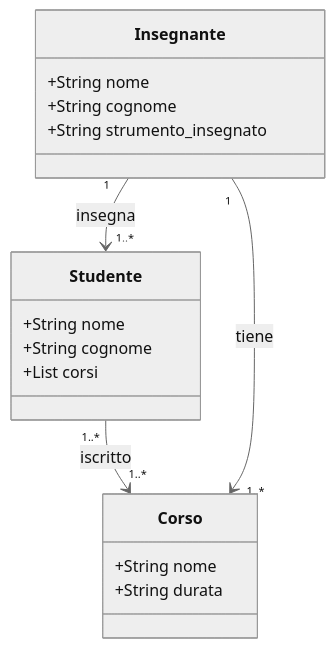
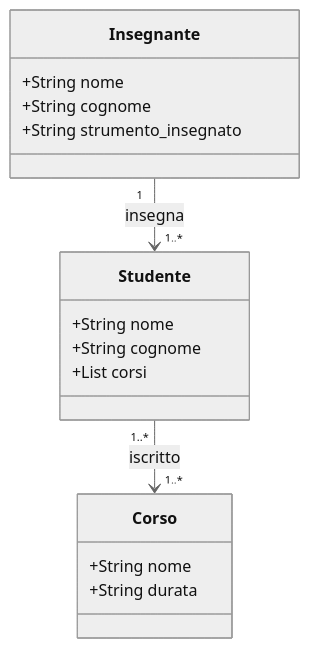
The diagram in esercizio_017/bernardini_es017.md (LucaBernardinii/esercizi_4M), drawn with Mermaid (neutral theme) before and after one commit. The commit also changed 2 other files, not shown here.

Commit message:
esercizio 17

````diff
--- a/esercizio_017/bernardini_es017.md
+++ b/esercizio_017/bernardini_es017.md
@@ -1,24 +1,23 @@
 ```mermaid
 classDiagram
     class Insegnante {
         +String nome
         +String cognome
         +String strumento_insegnato
     }
 
     class Studente {
         +String nome
         +String cognome
         +List corsi
     }
 
     class Corso {
         +String nome
         +String durata
     }
 
     Insegnante "1" --> "1..*" Studente: insegna
     Studente "1..*" --> "1..*" Corso: iscritto
-    Insegnante "1" --> "1..*" Corso: tiene
 
 ```
````
